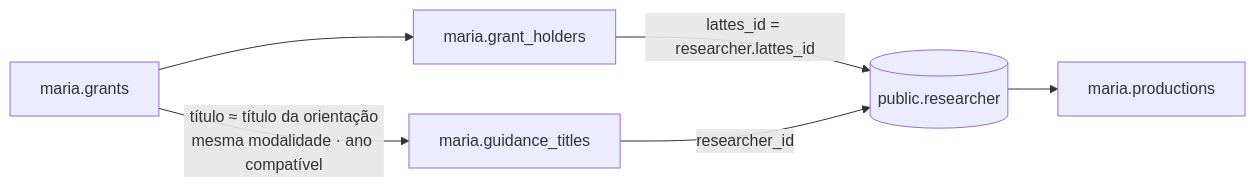
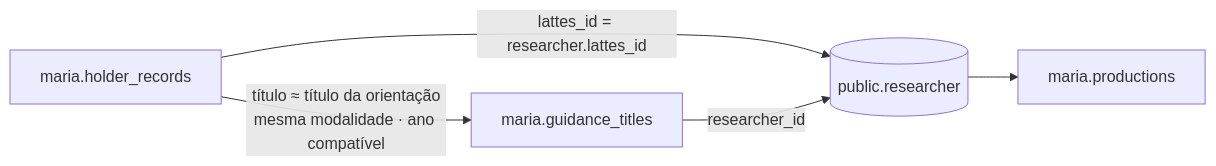
The second of 2 diagrams in docs/chatbot/arquitetura.md (meirelesgc/simcc-maria), drawn with Mermaid before and after one commit. The commit also changed other lines of this file and 29 other files, not shown here.

````diff
--- a/docs/chatbot/arquitetura.md
+++ b/docs/chatbot/arquitetura.md
@@ -100,8 +104,7 @@
 ```mermaid
 flowchart LR
-    G[maria.grants] --> H[maria.grant_holders]
-    H -->|lattes_id = researcher.lattes_id| R[(public.researcher)]
-    G -->|título ≈ título da orientação<br/>mesma modalidade · ano compatível| GT[maria.guidance_titles]
+    H[maria.holder_records] -->|lattes_id = researcher.lattes_id| R[(public.researcher)]
+    H -->|título ≈ título da orientação<br/>mesma modalidade · ano compatível| GT[maria.guidance_titles]
     GT -->|researcher_id| R
     R --> P[maria.productions]
 ```
````
